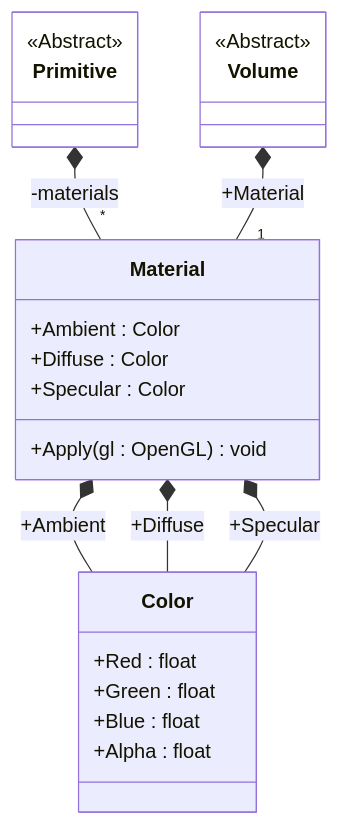
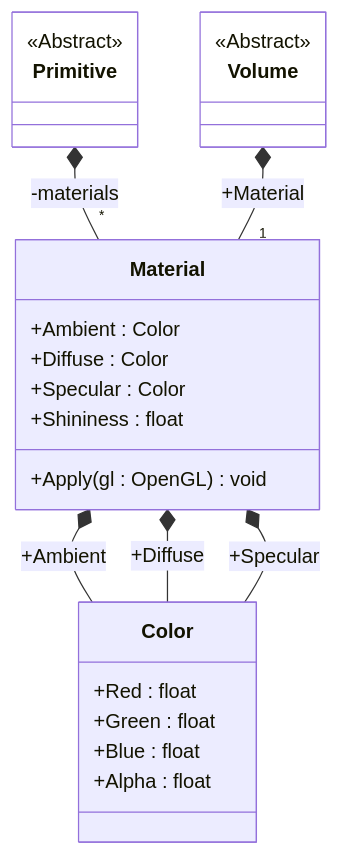
The diagram in Quellen/WS25/VorlageSzenengraph3D/Model.Material.mmd (ghackenberg/kurs-computer-simulation), drawn with Mermaid before and after one commit. The commit also changed 7 other files, not shown here.

Commit message:
update class diagrams

```diff
--- a/Quellen/WS25/VorlageSzenengraph3D/Model.Material.mmd
+++ b/Quellen/WS25/VorlageSzenengraph3D/Model.Material.mmd
@@ -1,34 +1,35 @@
 classDiagram
 
     class Primitive {
         <<Abstract>>
     }
 
     class Volume {
         <<Abstract>>
     }
 
     class Material {
         +Ambient : Color
         +Diffuse : Color
         +Specular : Color
+        +Shininess : float
         +Apply(gl : OpenGL) void
     }
 
     class Color {
         +Red : float
         +Green : float
         +Blue : float
         +Alpha : float
     }
 
     Primitive *-- "*" Material : -materials
     
     Volume *-- "1" Material : +Material
 
     Material *-- Color : +Ambient
     Material *-- Color : +Diffuse
     Material *-- Color : +Specular
 
     style Primitive fill:white
     style Volume fill:white
```
